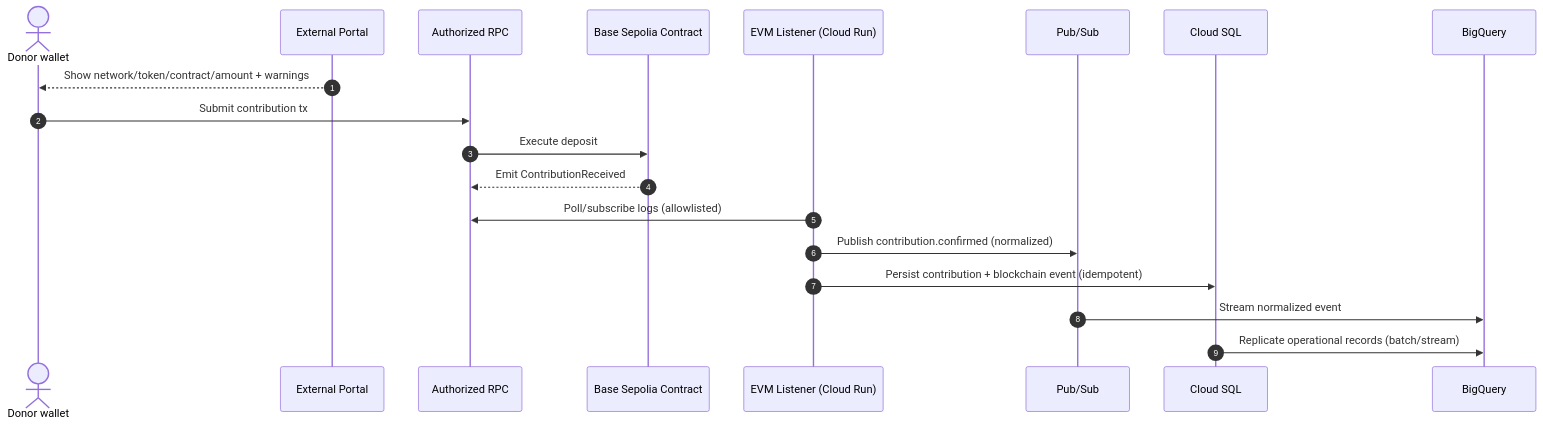
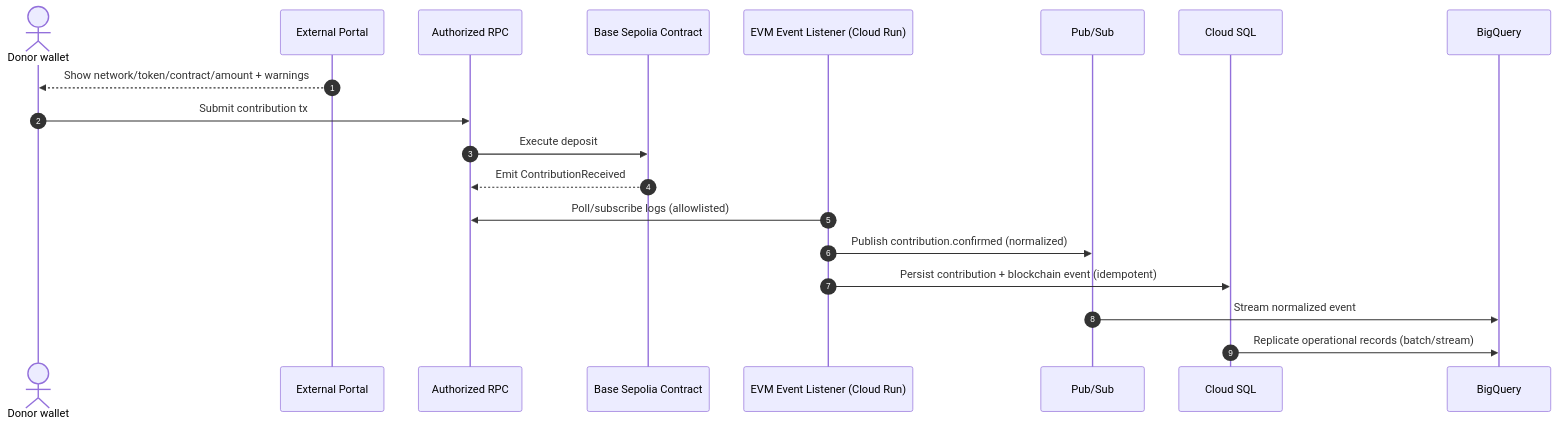
Before and after one commit to eweinmanepam/Documents: the sixth of 7 diagrams in architecture.md, drawn with Mermaid. The commit also changed other lines of this file, not shown here.

````diff
--- a/architecture.md
+++ b/architecture.md
@@ -371,22 +468,22 @@
 ```mermaid
 sequenceDiagram
   autonumber
   actor Donor as Donor wallet
   participant Portal as External Portal
   participant RPC as Authorized RPC
   participant Contract as Base Sepolia Contract
-  participant Listener as EVM Listener (Cloud Run)
+  participant Listener as EVM Event Listener (Cloud Run)
   participant PS as Pub/Sub
   participant SQL as Cloud SQL
   participant BQ as BigQuery
 
   Portal-->>Donor: Show network/token/contract/amount + warnings
   Donor->>RPC: Submit contribution tx
   RPC->>Contract: Execute deposit
   Contract-->>RPC: Emit ContributionReceived
   Listener->>RPC: Poll/subscribe logs (allowlisted)
   Listener->>PS: Publish contribution.confirmed (normalized)
   Listener->>SQL: Persist contribution + blockchain event (idempotent)
   PS->>BQ: Stream normalized event
   SQL->>BQ: Replicate operational records (batch/stream)
 ```
````
